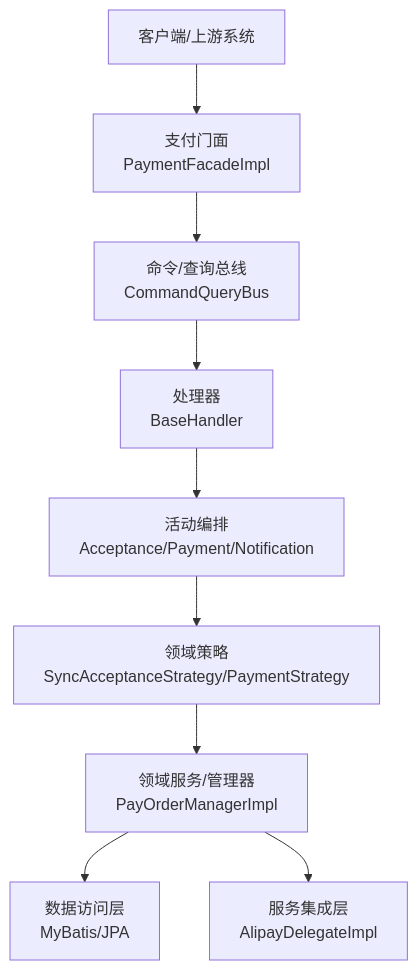
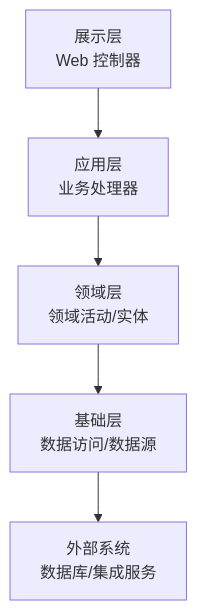
Before and after one commit to magicliang/domain-driven-transaction-sys: the second of 6 diagrams in .qoder/repowiki/zh/content/架构设计/架构评估报告-DDD-COLA-SOFA.md, drawn with Mermaid. The commit also changed other lines of this file and 1 other file, not shown here.

````diff
--- a/.qoder/repowiki/zh/content/架构设计/架构评估报告-DDD-COLA-SOFA.md
+++ b/.qoder/repowiki/zh/content/架构设计/架构评估报告-DDD-COLA-SOFA.md
@@ -104,11 +108,7 @@
 ```mermaid
 graph TB
-Client["客户端/上游系统"] --> Facade["支付门面<br/>PaymentFacadeImpl"]
-Facade --> Bus["命令/查询总线<br/>CommandQueryBus"]
-Bus --> Handler["处理器<br/>BaseHandler"]
-Handler --> Activity["活动编排<br/>Acceptance/Payment/Notification"]
-Activity --> Strategy["领域策略<br/>SyncAcceptanceStrategy/PaymentStrategy"]
-Strategy --> Manager["领域服务/管理器<br/>PayOrderManagerImpl"]
-Manager --> DAL["数据访问层<br/>MyBatis/JPA"]
-Manager --> Integration["服务集成层<br/>AlipayDelegateImpl"]
+A["展示层<br/>Web 控制器"] --> B["应用层<br/>业务处理器"]
+B --> C["领域层<br/>领域活动/实体"]
+C --> D["基础层<br/>数据访问/数据源"]
+D --> E["外部系统<br/>数据库/集成服务"]
 ```
````
